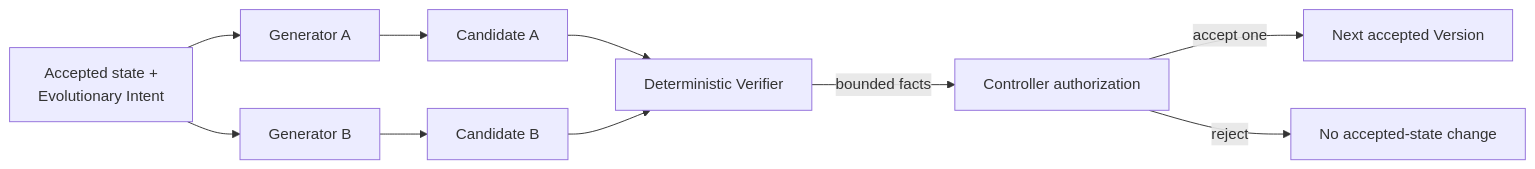
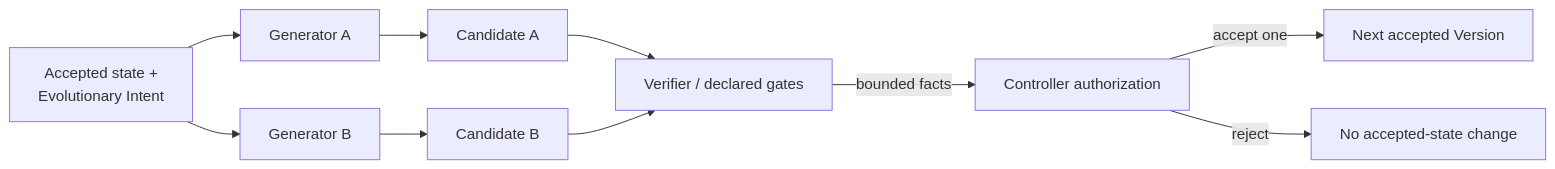
One commit to jpfraneto/tohseno changed the third of 5 diagrams in WHITEPAPER.md. Above: the diagram before and after it, drawn with Mermaid. The commit also changed other lines of this file and 3 other files, not shown here.

````diff
--- a/WHITEPAPER.md
+++ b/WHITEPAPER.md
@@ -318,16 +318,16 @@
 ```mermaid
 flowchart LR
     I["Accepted state +<br/>Evolutionary Intent"]
     G1["Generator A"]
     G2["Generator B"]
     C1["Candidate A"]
     C2["Candidate B"]
-    V["Deterministic Verifier"]
+    V["Verifier / declared gates"]
     A["Controller authorization"]
     N["Next accepted Version"]
     I --> G1 --> C1 --> V
     I --> G2 --> C2 --> V
     V -->|bounded facts| A
     A -->|accept one| N
     A -->|reject| X["No accepted-state change"]
 ```
````
